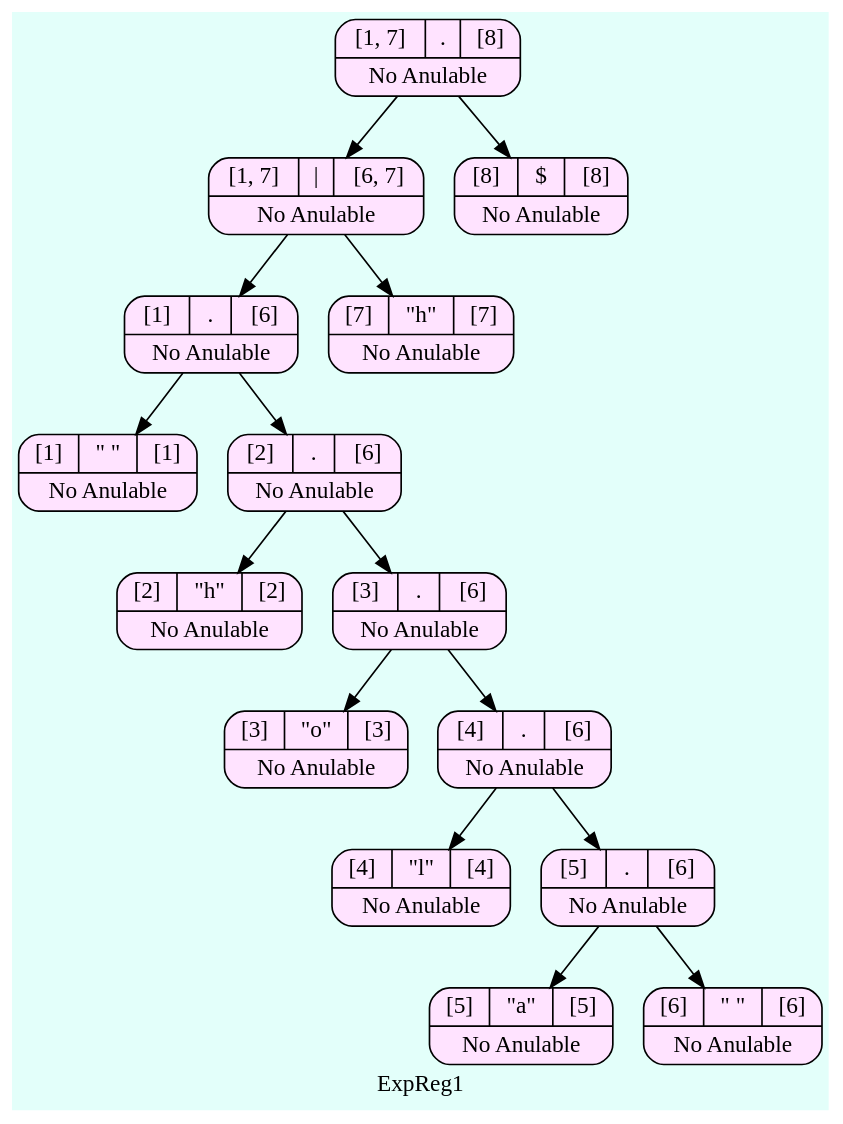
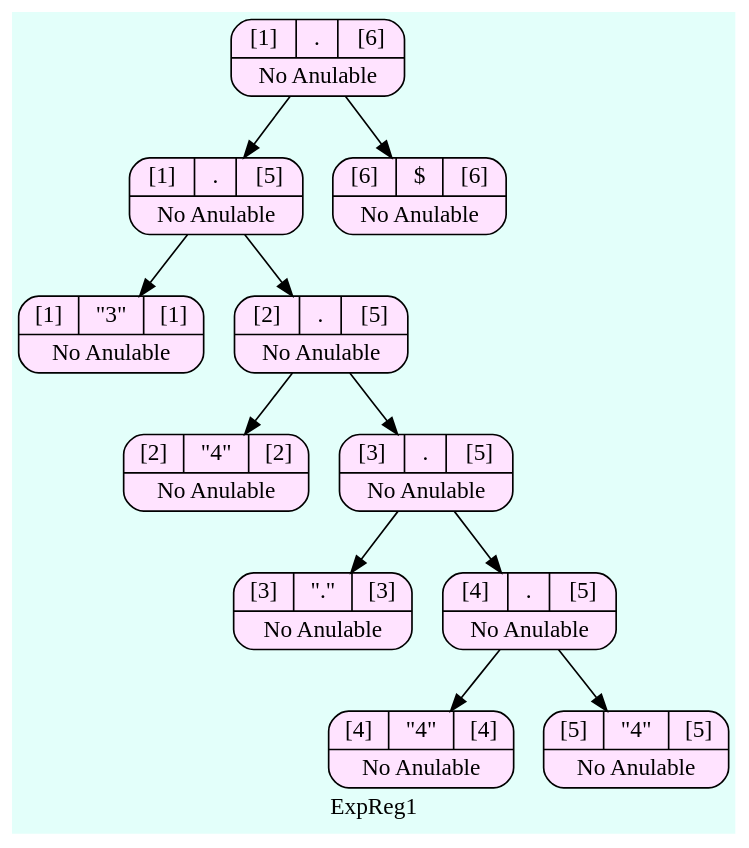
One commit to SergieArizandieta/OLC1-P1-202000119 changed the diagram in ARBOLES_202000119/Arbol_ExpReg1.dot. Above: the diagram before and after it, drawn with Graphviz. The commit also changed 11 other files, not shown here.

```diff
--- a/ARBOLES_202000119/Arbol_ExpReg1.dot
+++ b/ARBOLES_202000119/Arbol_ExpReg1.dot
@@ -1,35 +1,27 @@
 digraph structs {
   bgcolor = "#E3FFFA"
    node [shape=Mrecord fillcolor="#FFE3FF" style =filled];
 label ="ExpReg1"
-    struct1125290382    [label="{{[1, 7]|<here>.|[8]}|No Anulable}"];
+    struct1125290382    [label="{{[1]|<here>.|[6]}|No Anulable}"];
     struct1125290382-> struct1888870968
-    struct1888870968    [label="{{[1, 7]|<here>\||[6, 7]}|No Anulable}"];
+    struct1888870968    [label="{{[1]|<here>.|[5]}|No Anulable}"];
     struct1888870968-> struct1733733499
-    struct1733733499    [label="{{[1]|<here>.|[6]}|No Anulable}"];
-    struct1733733499-> struct1688157030
-    struct1688157030    [label="{{[1]|<here>\" \"|[1]}|No Anulable}"];
-    struct1733733499-> struct869681306
-    struct869681306    [label="{{[2]|<here>.|[6]}|No Anulable}"];
-    struct869681306-> struct1812855034
-    struct1812855034    [label="{{[2]|<here>\"h\"|[2]}|No Anulable}"];
-    struct869681306-> struct1055564916
-    struct1055564916    [label="{{[3]|<here>.|[6]}|No Anulable}"];
-    struct1055564916-> struct590605508
-    struct590605508    [label="{{[3]|<here>\"o\"|[3]}|No Anulable}"];
-    struct1055564916-> struct580973216
-    struct580973216    [label="{{[4]|<here>.|[6]}|No Anulable}"];
-    struct580973216-> struct568919078
-    struct568919078    [label="{{[4]|<here>\"l\"|[4]}|No Anulable}"];
-    struct580973216-> struct1246481771
-    struct1246481771    [label="{{[5]|<here>.|[6]}|No Anulable}"];
-    struct1246481771-> struct1981963562
-    struct1981963562    [label="{{[5]|<here>\"a\"|[5]}|No Anulable}"];
-    struct1246481771-> struct1404212412
-    struct1404212412    [label="{{[6]|<here>\" \"|[6]}|No Anulable}"];
-    struct1888870968-> struct974353112
-    struct974353112    [label="{{[7]|<here>\"h\"|[7]}|No Anulable}"];
-    struct1125290382-> struct774361188
-    struct774361188    [label="{{[8]|<here>$|[8]}|No Anulable}"];
+    struct1733733499    [label="{{[1]|<here>\"3\"|[1]}|No Anulable}"];
+    struct1888870968-> struct1688157030
+    struct1688157030    [label="{{[2]|<here>.|[5]}|No Anulable}"];
+    struct1688157030-> struct869681306
+    struct869681306    [label="{{[2]|<here>\"4\"|[2]}|No Anulable}"];
+    struct1688157030-> struct1812855034
+    struct1812855034    [label="{{[3]|<here>.|[5]}|No Anulable}"];
+    struct1812855034-> struct1055564916
+    struct1055564916    [label="{{[3]|<here>\".\"|[3]}|No Anulable}"];
+    struct1812855034-> struct590605508
+    struct590605508    [label="{{[4]|<here>.|[5]}|No Anulable}"];
+    struct590605508-> struct580973216
+    struct580973216    [label="{{[4]|<here>\"4\"|[4]}|No Anulable}"];
+    struct590605508-> struct568919078
+    struct568919078    [label="{{[5]|<here>\"4\"|[5]}|No Anulable}"];
+    struct1125290382-> struct1246481771
+    struct1246481771    [label="{{[6]|<here>$|[6]}|No Anulable}"];
 
 }
```
